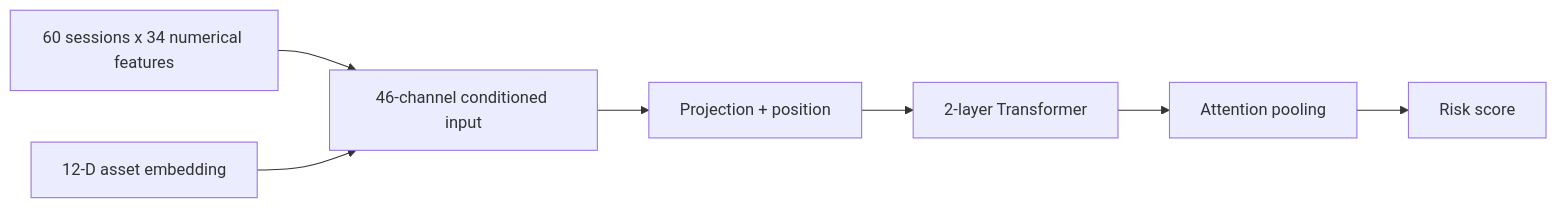
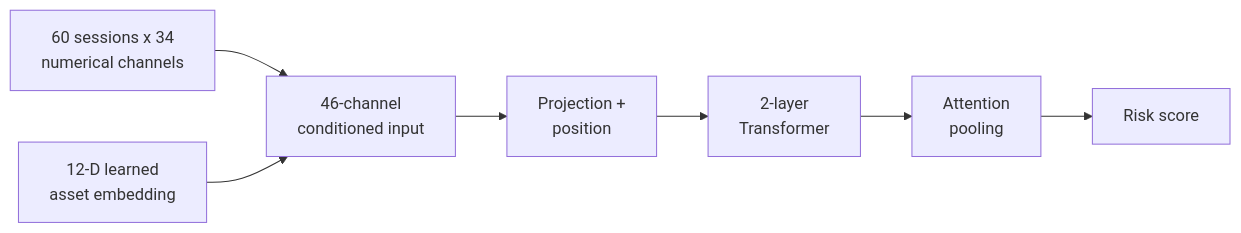
Before and after one commit to husaam-atq/MSc-financial-transformer-market-dynamics: the second of 4 diagrams in README.md, drawn with Mermaid. The commit also changed other lines of this file and 12 other files, not shown here.

````diff
--- a/README.md
+++ b/README.md
@@ -159,9 +165,9 @@
 ```mermaid
 flowchart LR
-    A["60 sessions x 34 numerical features"] --> C["46-channel conditioned input"]
-    B["12-D asset embedding"] --> C
-    C --> D["Projection + position"]
-    D --> E["2-layer Transformer"]
-    E --> F["Attention pooling"]
+    A["60 sessions x 34<br/>numerical channels"] --> C["46-channel<br/>conditioned input"]
+    B["12-D learned<br/>asset embedding"] --> C
+    C --> D["Projection +<br/>position"]
+    D --> E["2-layer<br/>Transformer"]
+    E --> F["Attention<br/>pooling"]
     F --> G["Risk score"]
 ```
````
